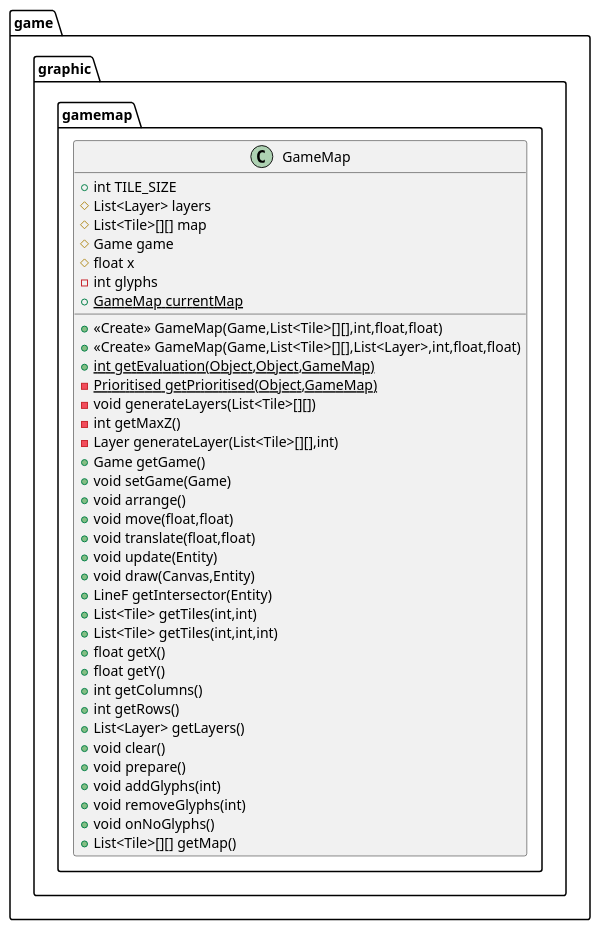
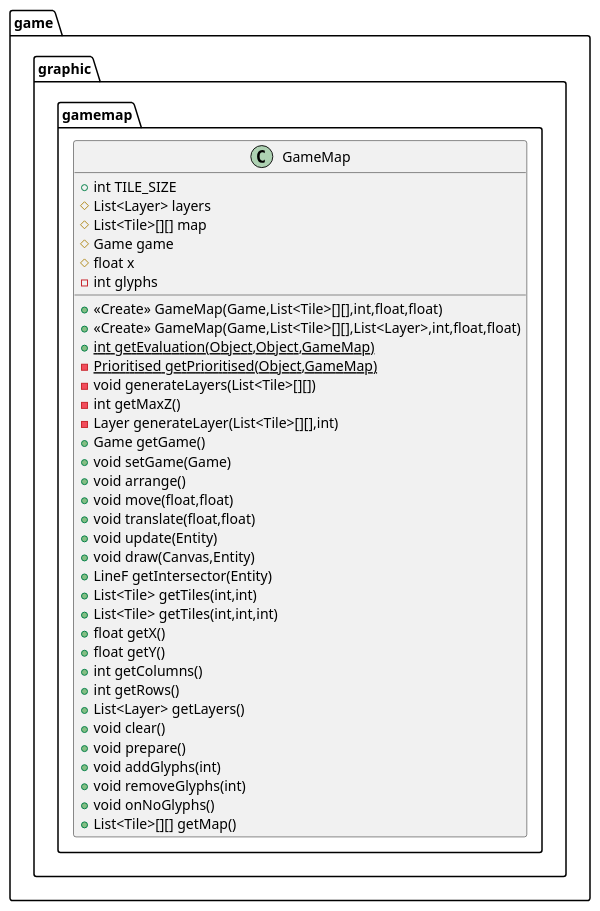
Before and after one commit to Avasay-Sayava/BagrutProject: the diagram in ProjectApp/app/src/main/java/com/avasaysayava/bagrutproject/game/graphic/gamemap/GameMap.puml, drawn with PlantUML. The commit also changed 2 other files, not shown here.

```diff
--- a/ProjectApp/app/src/main/java/com/avasaysayava/bagrutproject/game/graphic/gamemap/GameMap.puml
+++ b/ProjectApp/app/src/main/java/com/avasaysayava/bagrutproject/game/graphic/gamemap/GameMap.puml
@@ -1,39 +1,38 @@
 @startuml
 class game.graphic.gamemap.GameMap {
 + int TILE_SIZE
 # List<Layer> layers
 # List<Tile>[][] map
 # Game game
 # float x
 - int glyphs
-+ {static} GameMap currentMap
 + <<Create>> GameMap(Game,List<Tile>[][],int,float,float)
 + <<Create>> GameMap(Game,List<Tile>[][],List<Layer>,int,float,float)
 + {static} int getEvaluation(Object,Object,GameMap)
 - {static} Prioritised getPrioritised(Object,GameMap)
 - void generateLayers(List<Tile>[][])
 - int getMaxZ()
 - Layer generateLayer(List<Tile>[][],int)
 + Game getGame()
 + void setGame(Game)
 + void arrange()
 + void move(float,float)
 + void translate(float,float)
 + void update(Entity)
 + void draw(Canvas,Entity)
 + LineF getIntersector(Entity)
 + List<Tile> getTiles(int,int)
 + List<Tile> getTiles(int,int,int)
 + float getX()
 + float getY()
 + int getColumns()
 + int getRows()
 + List<Layer> getLayers()
 + void clear()
 + void prepare()
 + void addGlyphs(int)
 + void removeGlyphs(int)
 + void onNoGlyphs()
 + List<Tile>[][] getMap()
 }
 @enduml
```
